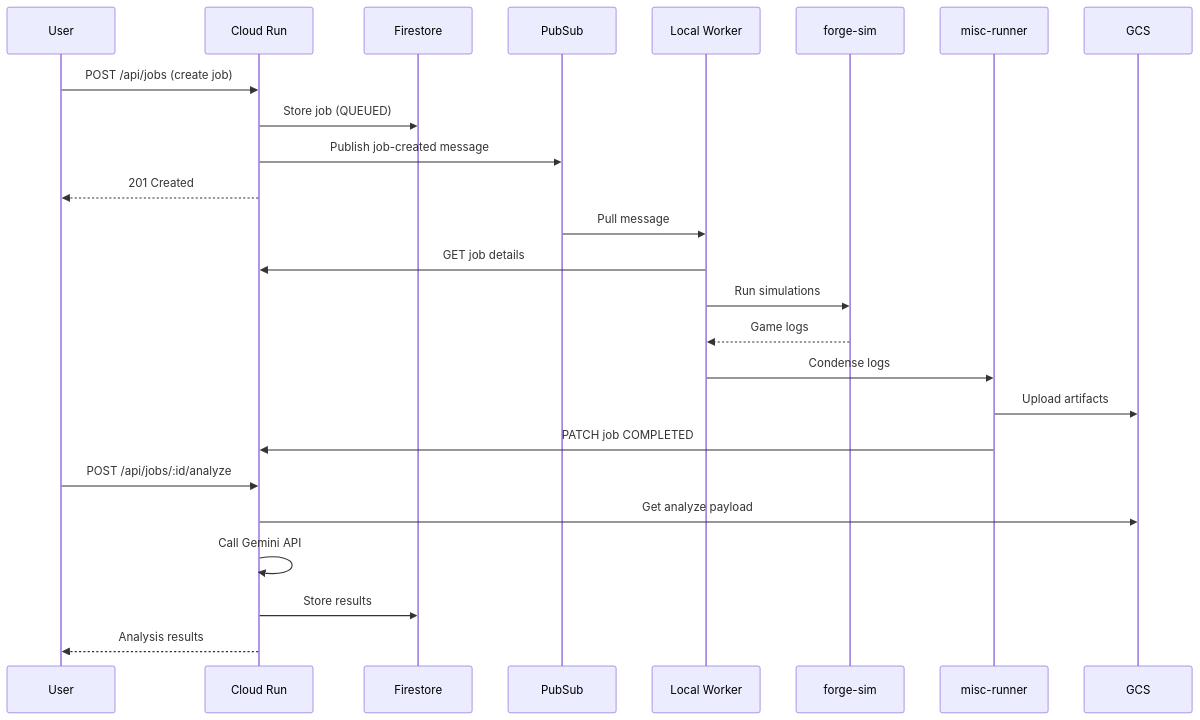
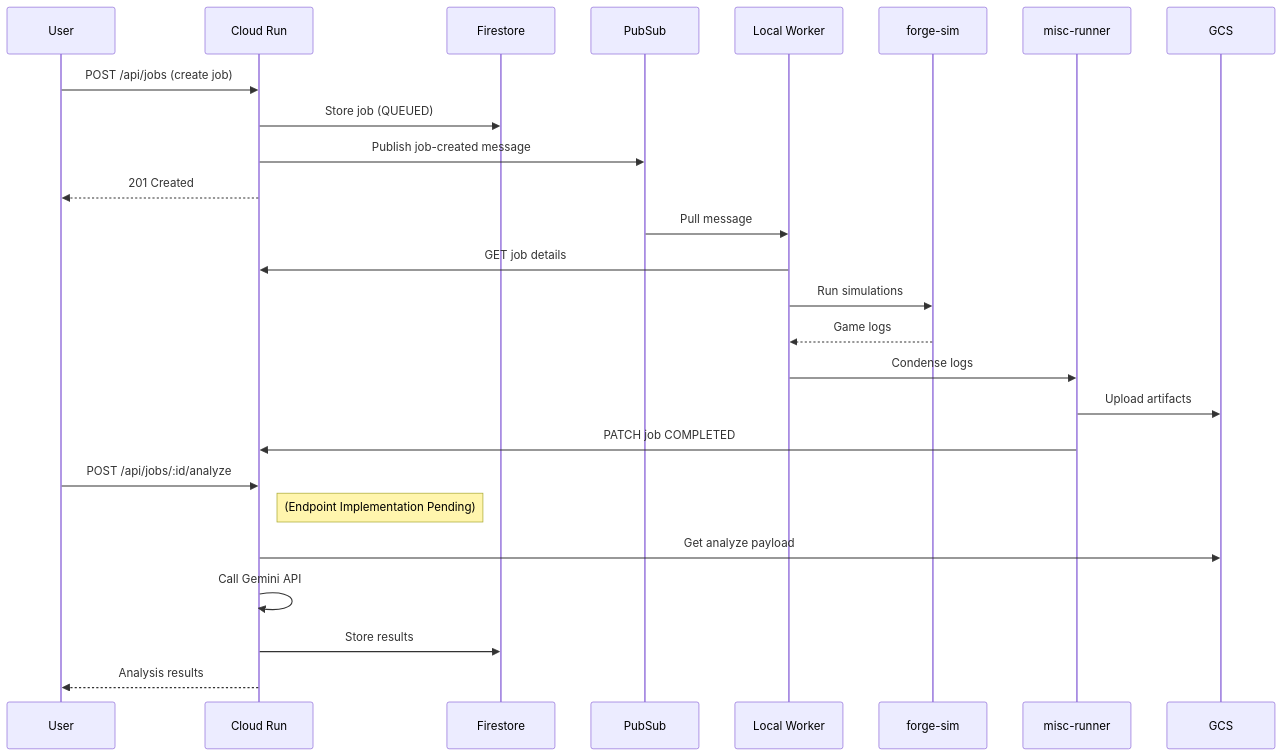
Before and after one commit to TytaniumDev/MagicBracketSimulator: the second of 6 diagrams in ARCHITECTURE.md, drawn with Mermaid. The commit also changed other lines of this file and 2 other files, not shown here.

First line of the commit message:
Scribe: Synchronize architecture docs with analysis drift

````diff
--- a/ARCHITECTURE.md
+++ b/ARCHITECTURE.md
@@ -67,31 +76,32 @@
 ```mermaid
 sequenceDiagram
     participant User
     participant CloudRun as Cloud Run
     participant Firestore
     participant PubSub
     participant LocalWorker as Local Worker
     participant ForgeSim as forge-sim
     participant MiscRunner as misc-runner
     participant GCS
 
     User->>CloudRun: POST /api/jobs (create job)
     CloudRun->>Firestore: Store job (QUEUED)
     CloudRun->>PubSub: Publish job-created message
     CloudRun-->>User: 201 Created
 
     PubSub->>LocalWorker: Pull message
     LocalWorker->>CloudRun: GET job details
     LocalWorker->>ForgeSim: Run simulations
     ForgeSim-->>LocalWorker: Game logs
 
     LocalWorker->>MiscRunner: Condense logs
     MiscRunner->>GCS: Upload artifacts
     MiscRunner->>CloudRun: PATCH job COMPLETED
 
     User->>CloudRun: POST /api/jobs/:id/analyze
+    Note right of CloudRun: (Endpoint Implementation Pending)
     CloudRun->>GCS: Get analyze payload
     CloudRun->>CloudRun: Call Gemini API
     CloudRun->>Firestore: Store results
     CloudRun-->>User: Analysis results
 ```
````
